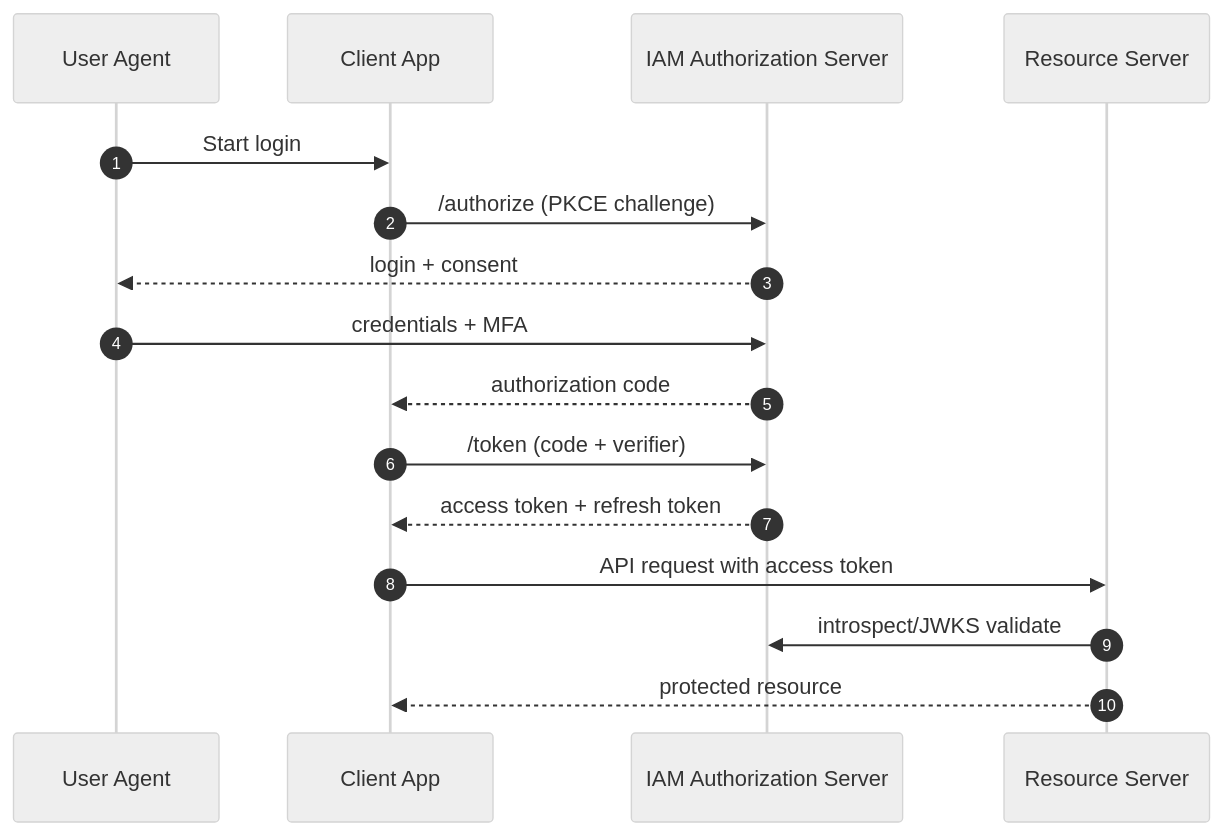
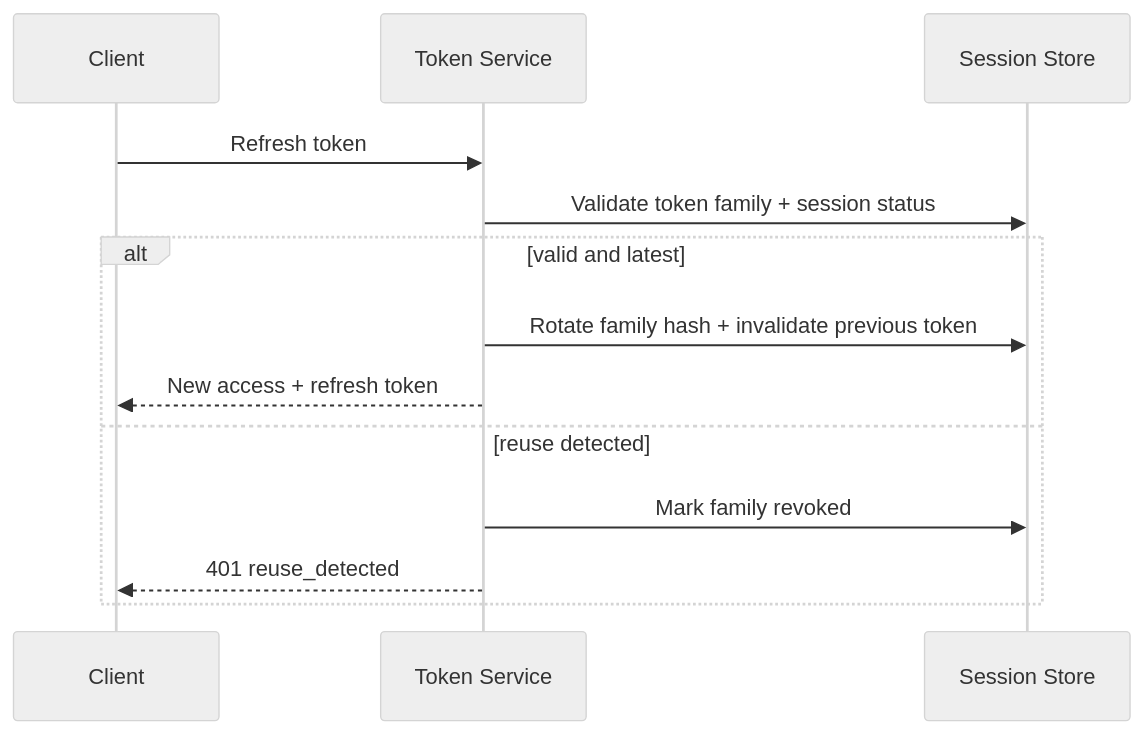
Before and after one commit to 0Ankit0/Project-Ideas: the first of 2 diagrams in Identity and Access Management Platform/detailed-design/sequence-diagrams.md, drawn with Mermaid (neutral theme). The commit also changed other lines of this file and 37 other files, not shown here.

````diff
--- a/Identity and Access Management Platform/detailed-design/sequence-diagrams.md
+++ b/Identity and Access Management Platform/detailed-design/sequence-diagrams.md
@@ -4,19 +4,16 @@
 ```mermaid
 sequenceDiagram
-    autonumber
-    participant U as User Agent
-    participant C as Client App
-    participant AS as IAM Authorization Server
-    participant RS as Resource Server
+    participant C as Client
+    participant T as Token Service
+    participant S as Session Store
 
-    U->>C: Start login
-    C->>AS: /authorize (PKCE challenge)
-    AS-->>U: login + consent
-    U->>AS: credentials + MFA
-    AS-->>C: authorization code
-    C->>AS: /token (code + verifier)
-    AS-->>C: access token + refresh token
-    C->>RS: API request with access token
-    RS->>AS: introspect/JWKS validate
-    RS-->>C: protected resource
+    C->>T: Refresh token
+    T->>S: Validate token family + session status
+    alt valid and latest
+      T->>S: Rotate family hash + invalidate previous token
+      T-->>C: New access + refresh token
+    else reuse detected
+      T->>S: Mark family revoked
+      T-->>C: 401 reuse_detected
+    end
 ```
````
